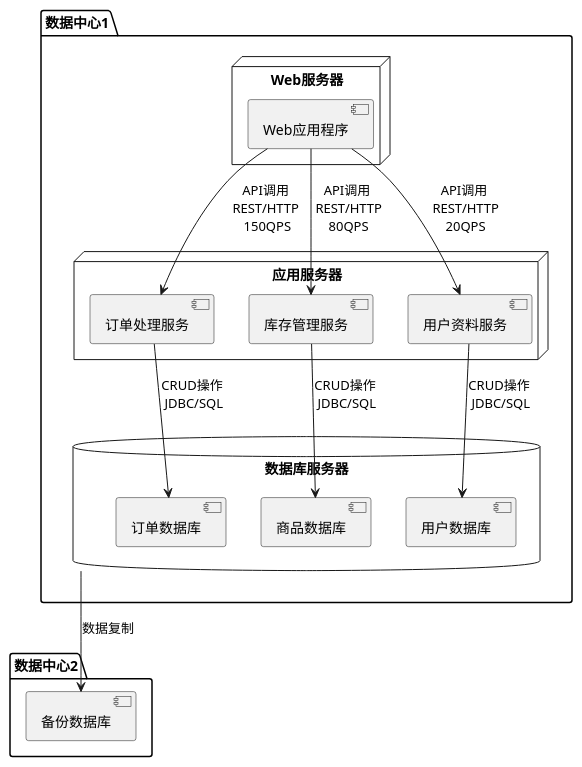
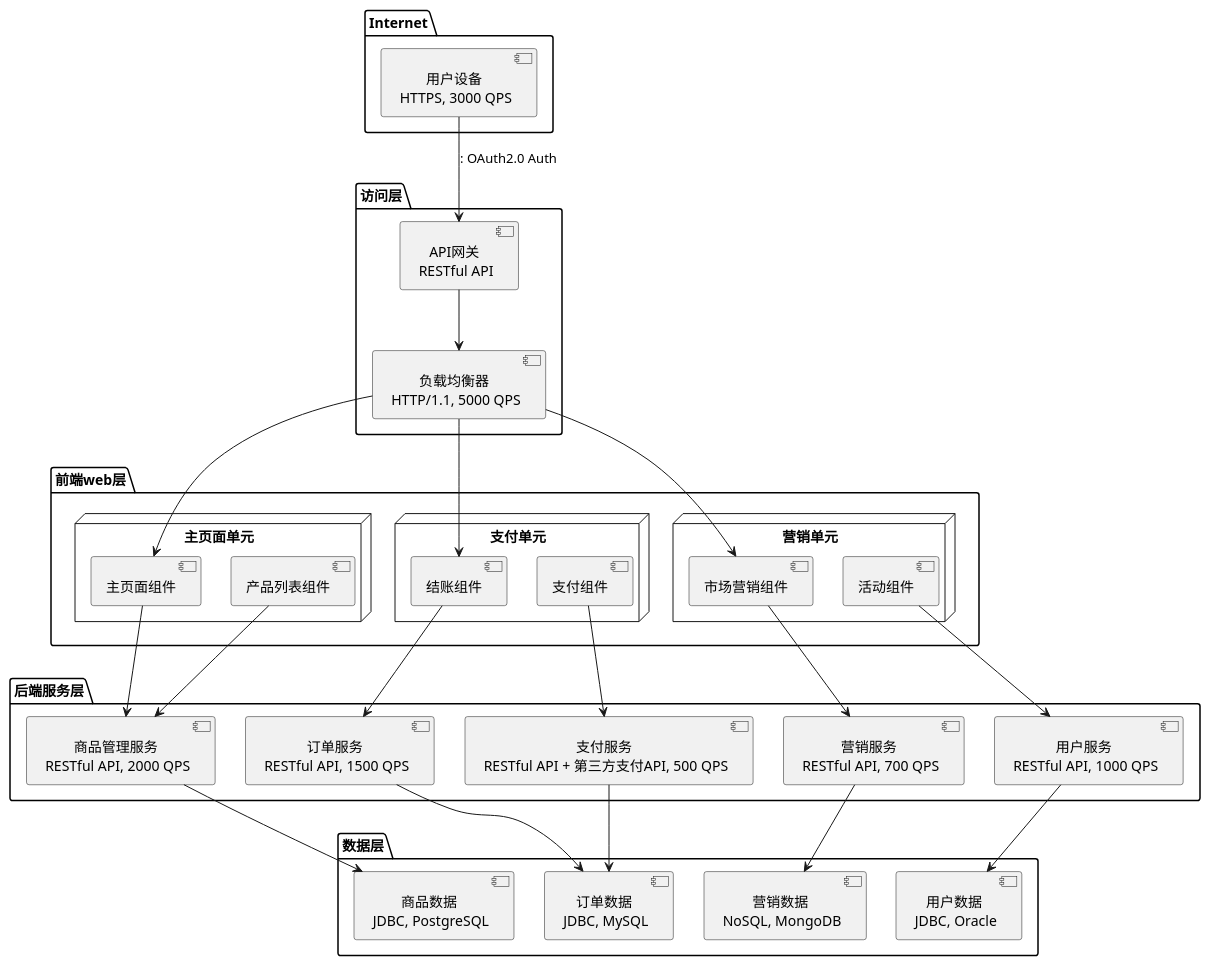
Before and after one commit to fuyipingwml/planttext: the diagram in 技术架构-处理图.puml, drawn with PlantUML. The commit also changed 3 other files, not shown here.

```diff
--- a/技术架构-处理图.puml
+++ b/技术架构-处理图.puml
@@ -1,36 +1,71 @@
 @startuml
 
-package "数据中心1" {
-    node "Web服务器" as WS {
-        [Web应用程序]
-    }
-    node "应用服务器" as AS {
-        [订单处理服务]
-        [库存管理服务]
-        [用户资料服务]
-    }
-    database "数据库服务器" as DB {
-        [商品数据库]
-        [用户数据库]
-        [订单数据库]
-    }
+skinparam defaultTextAlignment center
+skinparam fontsize 50
+skinparam nodesep 30
+
+package "Internet" {
+    [用户设备\n HTTPS, 3000 QPS] as usertb
 }
 
-package "数据中心2" {
-    [备份数据库]
+package "访问层" {
+    [API网关\n RESTful API] as apigate
+    [负载均衡器\n HTTP/1.1, 5000 QPS] as loadtb
+
+    usertb -->apigate: : OAuth2.0 Auth
+    apigate --> loadtb
 }
 
-'WS --> AS: REST/HTTP
-'AS --> DB: JDBC/SQL
+package "前端web层" {
 
-[Web应用程序] --> [订单处理服务]: API调用\n REST/HTTP \n 150QPS
-[Web应用程序] --> [库存管理服务]: API调用\n REST/HTTP\n 80QPS
-[Web应用程序] --> [用户资料服务]: API调用\n REST/HTTP\n 20QPS
+    node "主页面单元" {
+        [主页面组件]
+        [产品列表组件]
+    }
 
-[订单处理服务] --> [订单数据库]: CRUD操作\n JDBC/SQL
-[库存管理服务] --> [商品数据库]: CRUD操作\n JDBC/SQL
-[用户资料服务] --> [用户数据库]: CRUD操作\n JDBC/SQL
+    node "支付单元" {
+        [结账组件]
+        [支付组件]
+    }
 
-DB --> [备份数据库]: 数据复制
+    node "营销单元" {
+        [市场营销组件]
+        [活动组件]
+    }
+
+   loadtb --> [主页面组件] 
+   loadtb --> [结账组件] 
+    loadtb --> [市场营销组件]
+}
+
+package "后端服务层" {
+
+    [商品管理服务\n RESTful API, 2000 QPS] as productservice
+    [订单服务\n RESTful API, 1500 QPS] as dingdanfuwu
+    [支付服务\n RESTful API + 第三方支付API, 500 QPS] as zhifufuwu
+    [用户服务\n RESTful API, 1000 QPS] as yonghufuwu
+    [营销服务\n RESTful API, 700 QPS] as yingxiaofuwu
+
+    [主页面组件] --> productservice
+    [产品列表组件] --> productservice
+    [结账组件] -->dingdanfuwu
+    [支付组件] --> zhifufuwu
+    [市场营销组件] --> yingxiaofuwu
+    [活动组件] --> yonghufuwu
+}
+
+package "数据层" {
+    
+    [商品数据\n JDBC, PostgreSQL] as shangpinbshuju
+    [订单数据\n JDBC, MySQL] as dingdanshuju
+    [用户数据\n JDBC, Oracle] as yonghushuju
+    [营销数据\n NoSQL, MongoDB] as yingxioaoshuju
+
+    productservice --> shangpinbshuju
+   dingdanfuwu--> dingdanshuju
+   zhifufuwu --> dingdanshuju 
+   yonghufuwu -->  yonghushuju
+   yingxiaofuwu--> yingxioaoshuju
+}
 
 @enduml
```
